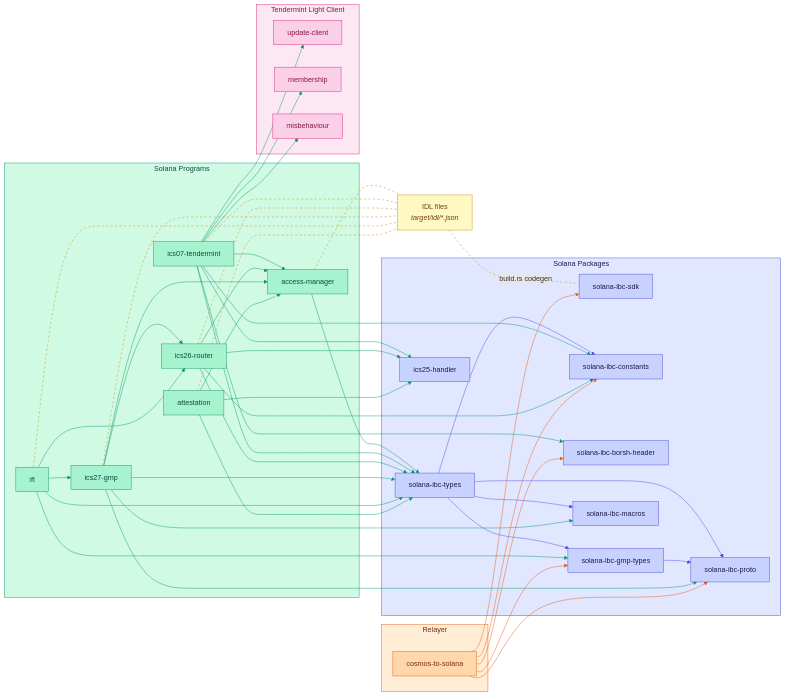
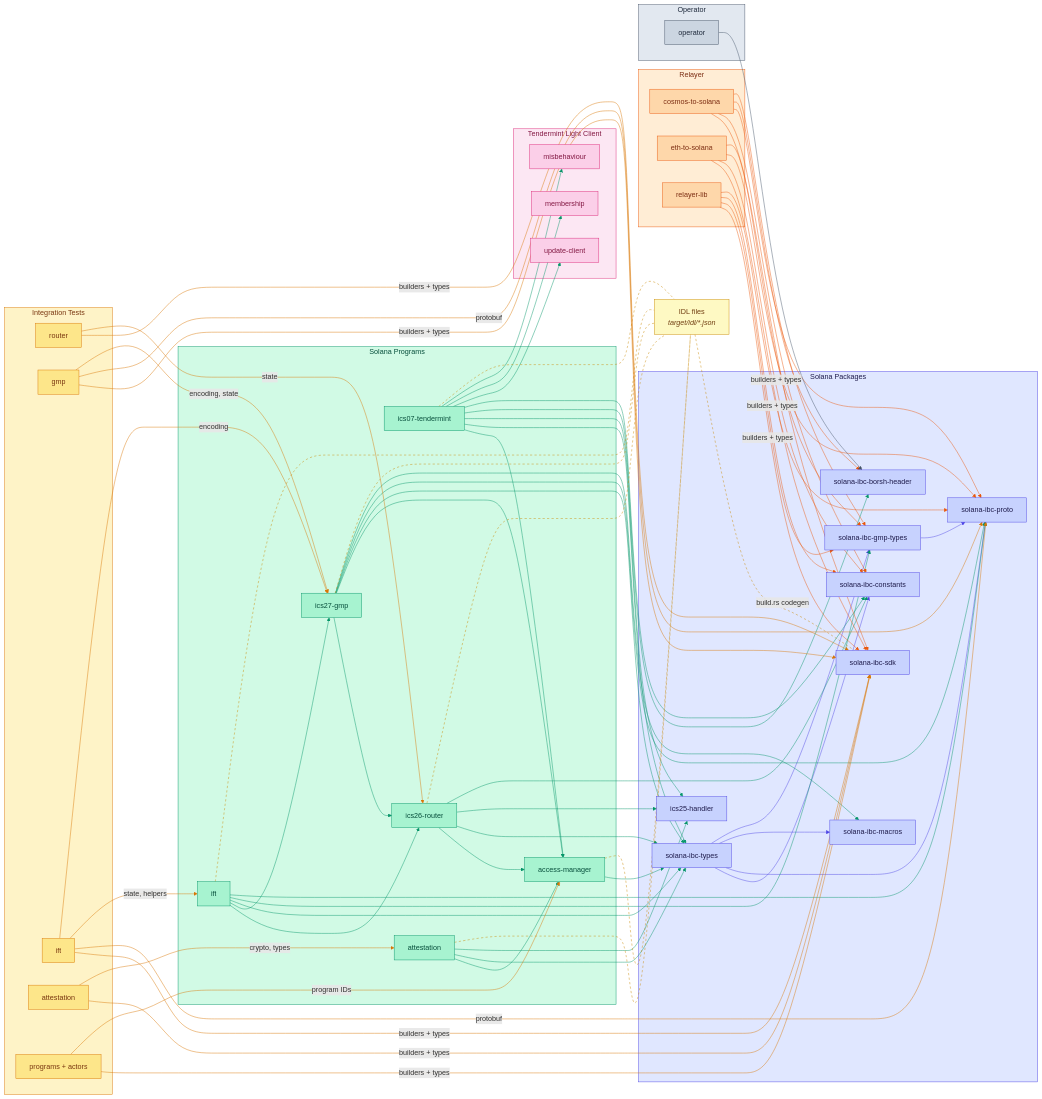
One commit to cosmos/solidity-ibc-eureka changed the diagram in programs/solana/README.md. Above: the diagram before and after it, drawn with Mermaid. The commit also changed 36 other files, not shown here.

First line of the commit message:
fix: generate correct PDA helpers for cross-program accounts

````diff
--- a/programs/solana/README.md
+++ b/programs/solana/README.md
@@ -22,14 +22,28 @@
         ics07["ics07-tendermint"]
         ics26["ics26-router"]
         ics27["ics27-gmp"]
-        ift["ift"]
+        ift_prog["ift"]
         att["attestation"]
     end
 
     idls["IDL files<br/><i>target/idl/*.json</i>"]
 
+    subgraph tests["Integration Tests"]
+        it_router["router"]
+        it_gmp["gmp"]
+        it_ift["ift"]
+        it_att["attestation"]
+        it_setup["programs + actors"]
+    end
+
     subgraph relayer["Relayer"]
         c2s["cosmos-to-solana"]
+        e2s["eth-to-solana"]
+        lib["relayer-lib"]
+    end
+
+    subgraph operator["Operator"]
+        op["operator"]
     end
 
     subgraph tm["Tendermint Light Client"]
@@ -62,10 +76,11 @@
     ics27 --> types
     ics27 --> proto
     ics27 --> macros
-    ift --> ics26
-    ift --> ics27
-    ift --> types
-    ift --> gmp_types
+    ift_prog --> ics26
+    ift_prog --> ics27
+    ift_prog --> types
+    ift_prog --> gmp_types
+    ift_prog --> proto
     att --> am
     att --> types
     att --> ics25
@@ -74,36 +89,67 @@
     ics07 -.- idls
     ics26 -.- idls
     ics27 -.- idls
-    ift -.- idls
+    ift_prog -.- idls
     att -.- idls
     idls -.-|build.rs codegen| sdk
 
-    c2s --> sdk
+    it_router -->|builders + types| sdk
+    it_router -->|state| ics26
+    it_gmp -->|builders + types| sdk
+    it_gmp -->|protobuf| proto
+    it_gmp -->|encoding, state| ics27
+    it_ift -->|builders + types| sdk
+    it_ift -->|protobuf| proto
+    it_ift -->|state, helpers| ift_prog
+    it_ift -->|encoding| ics27
+    it_att -->|builders + types| sdk
+    it_att -->|crypto, types| att
+    it_setup -->|builders + types| sdk
+    it_setup -->|program IDs| am
+
+    c2s -->|builders + types| sdk
     c2s --> constants
     c2s --> proto
     c2s --> borsh
     c2s --> gmp_types
+    e2s -->|builders + types| sdk
+    e2s --> constants
+    e2s --> proto
+    e2s --> gmp_types
+    lib -->|builders + types| sdk
+    lib --> gmp_types
+    lib --> constants
+    lib --> proto
+    op --> borsh
 
     style shared fill:#e0e7ff,stroke:#4f46e5,color:#1e1b4b
     style programs fill:#d1fae5,stroke:#059669,color:#064e3b
+    style tests fill:#fef3c7,stroke:#d97706,color:#78350f
     style relayer fill:#ffedd5,stroke:#ea580c,color:#7c2d12
+    style operator fill:#e2e8f0,stroke:#475569,color:#1e293b
     style tm fill:#fce7f3,stroke:#db2777,color:#831843
     style idls fill:#fef9c3,stroke:#ca8a04,color:#713f12
 
     classDef sharedNode fill:#c7d2fe,stroke:#4f46e5,color:#1e1b4b
     classDef programNode fill:#a7f3d0,stroke:#059669,color:#064e3b
+    classDef testNode fill:#fde68a,stroke:#d97706,color:#78350f
     classDef relayerNode fill:#fed7aa,stroke:#ea580c,color:#7c2d12
+    classDef operatorNode fill:#cbd5e1,stroke:#475569,color:#1e293b
     classDef tmNode fill:#fbcfe8,stroke:#db2777,color:#831843
     classDef idlNode fill:#fef08a,stroke:#ca8a04,color:#713f12
 
     class types,sdk,constants,proto,borsh,ics25,gmp_types,macros sharedNode
-    class am,ics07,ics26,ics27,ift,att programNode
-    class c2s,s2c relayerNode
+    class am,ics07,ics26,ics27,ift_prog,att programNode
+    class it_router,it_gmp,it_ift,it_att,it_setup testNode
+    class c2s,e2s,lib relayerNode
+    class op operatorNode
     class tm_update,tm_membership,tm_misbehaviour tmNode
     class idls idlNode
 
     linkStyle 0,1,2,3,4 stroke:#4f46e5
-    linkStyle 5,6,7,8,9,10,11,12,13,14,15,16,17,18,19,20,21,22,23,24,25,26,27,28,29 stroke:#059669
-    linkStyle 30,31,32,33,34,35,36 stroke:#ca8a04,stroke-dasharray:5 5
-    linkStyle 37,38,39,40,41 stroke:#ea580c
+    linkStyle 5,6,7,8,9,10,11,12,13,14,15,16,17,18,19,20,21,22,23,24,25,26,27,28,29,30 stroke:#059669
+    linkStyle 31,32,33,34,35,36,37 stroke:#ca8a04,stroke-dasharray:5 5
+    linkStyle 38,39,40,41,42,43,44,45,46,47,48,49,50 stroke:#d97706
+    linkStyle 51,52,53,54,55,56,57,58,59,60,61,62,63 stroke:#ea580c
+    linkStyle 64 stroke:#475569
 ```
````
